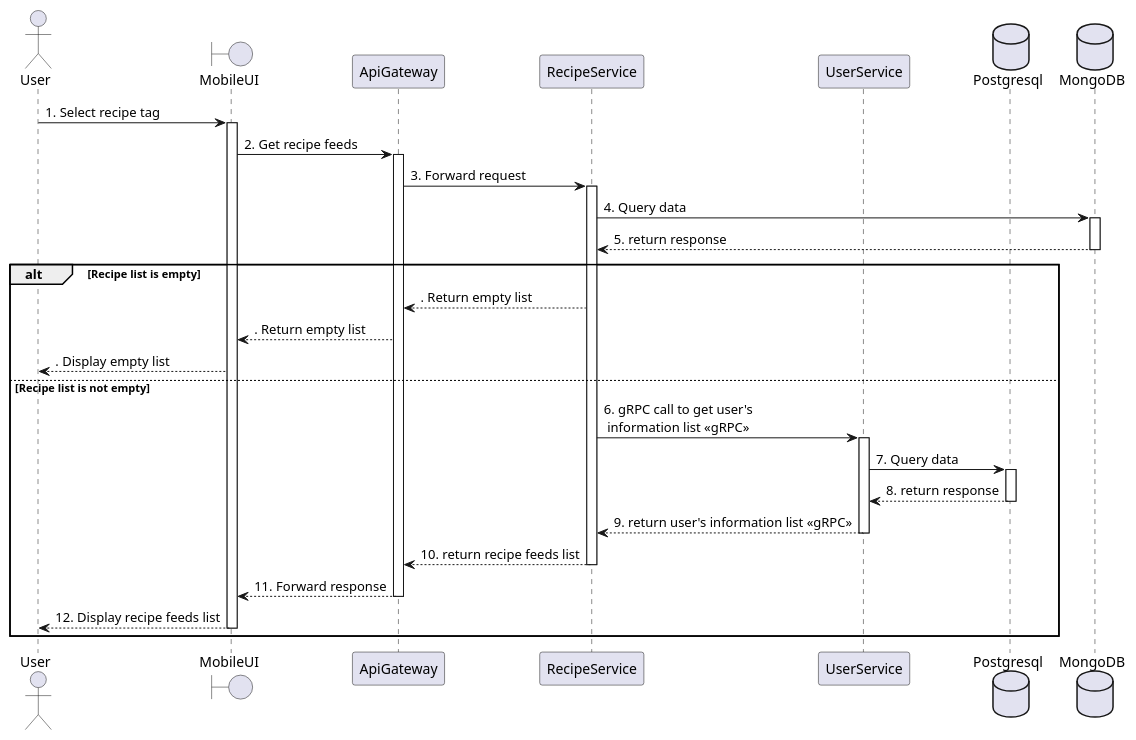
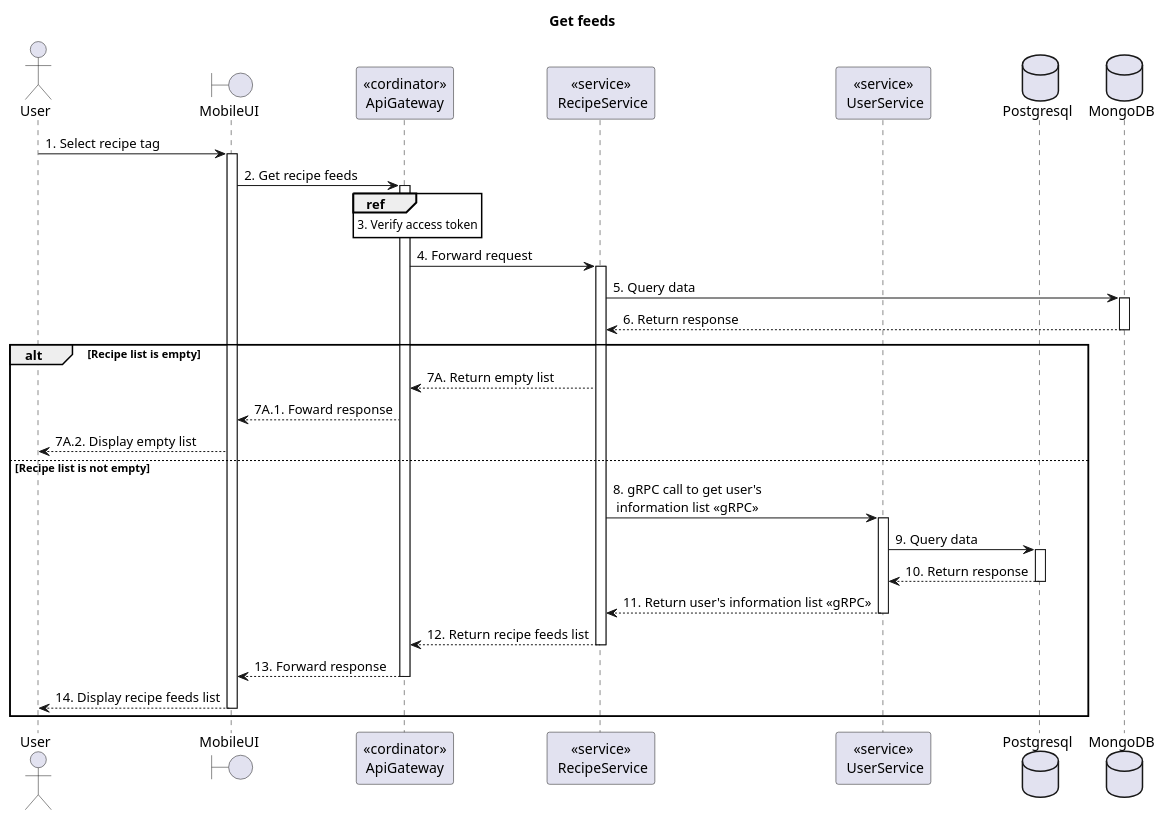
One commit to Carl-Johnsons/tastopia changed the diagram in doc/SDS/Recipe/Get Feeds/Sequence.plantuml. Above: the diagram before and after it, drawn with PlantUML. The commit also changed 10 other files, not shown here.

Commit message:
doc: update recipe sequences, add user, tracking sequences

```diff
--- a/doc/SDS/Recipe/Get Feeds/Sequence.plantuml
+++ b/doc/SDS/Recipe/Get Feeds/Sequence.plantuml
@@ -1,47 +1,46 @@
 @startuml GetFeeds
+title "Get feeds"
+' Style section
+<style>
+  sequenceDiagram {
+    reference {
+      BackGroundColor white
+    }
+}
+</style>
+
 actor User
 boundary MobileUI
-participant ApiGateway
-participant RecipeService
-participant UserService
+participant "<<cordinator>>\nApiGateway" as ApiGateway
+participant "<<service>>\n RecipeService" as RecipeService
+participant "<<service>>\n UserService" as UserService
 database Postgresql
 database MongoDB
 
-User -> MobileUI: 1. Select recipe tag
-activate MobileUI
+User -> MobileUI++: 1. Select recipe tag
 
-MobileUI -> ApiGateway: 2. Get recipe feeds
-activate ApiGateway
+MobileUI -> ApiGateway++: 2. Get recipe feeds
 
-ApiGateway -> RecipeService: 3. Forward request
-activate RecipeService
+ref over ApiGateway: 3. Verify access token
 
-database MongoDB
-RecipeService -> MongoDB: 4. Query data
-activate MongoDB
-RecipeService <-- MongoDB: 5. return response
-deactivate MongoDB
+ApiGateway -> RecipeService++: 4. Forward request
+
+RecipeService -> MongoDB++: 5. Query data
+RecipeService <-- MongoDB--: 6. Return response
 
 alt Recipe list is empty
-    ApiGateway <-- RecipeService: . Return empty list
-    MobileUI <-- ApiGateway: . Return empty list
-    User <-- MobileUI: . Display empty list
+    ApiGateway <-- RecipeService: 7A. Return empty list
+    MobileUI <-- ApiGateway: 7A.1. Foward response
+    User <-- MobileUI: 7A.2. Display empty list
 else Recipe list is not empty
-    RecipeService -> UserService: 6. gRPC call to get user's \n information list <<gRPC>>
-    activate UserService
-    UserService -> Postgresql: 7. Query data
-    activate Postgresql
-    UserService <-- Postgresql: 8. return response
-    deactivate Postgresql
-    RecipeService <-- UserService: 9. return user's information list <<gRPC>>
-    deactivate UserService
+    RecipeService -> UserService++: 8. gRPC call to get user's \n information list <<gRPC>>
+    UserService -> Postgresql++: 9. Query data
+    UserService <-- Postgresql--: 10. Return response
+    RecipeService <-- UserService--: 11. Return user's information list <<gRPC>>
 
-    ApiGateway <-- RecipeService: 10. return recipe feeds list
-    deactivate RecipeService
-    MobileUI <-- ApiGateway: 11. Forward response
-    deactivate ApiGateway
-    User <-- MobileUI: 12. Display recipe feeds list
-    deactivate MobileUI
+    ApiGateway <-- RecipeService--: 12. Return recipe feeds list
+    MobileUI <-- ApiGateway--: 13. Forward response
+    User <-- MobileUI--: 14. Display recipe feeds list
 end alt
 
 @enduml
```
